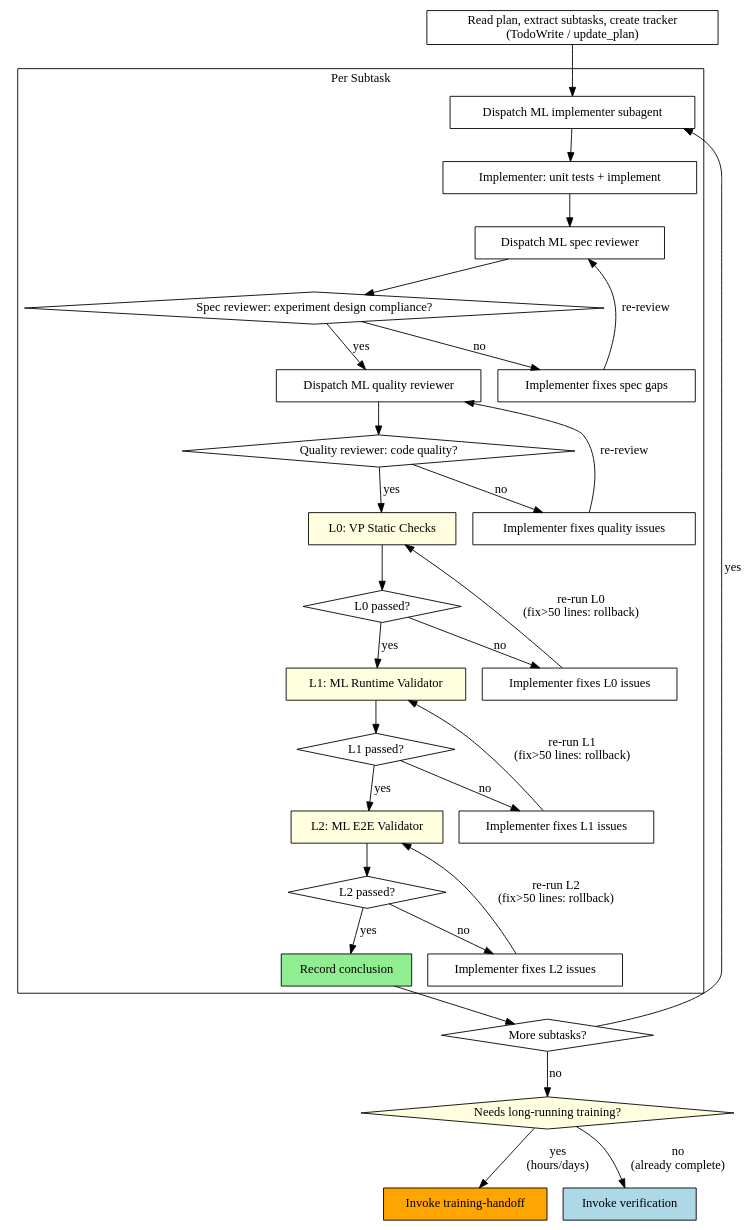
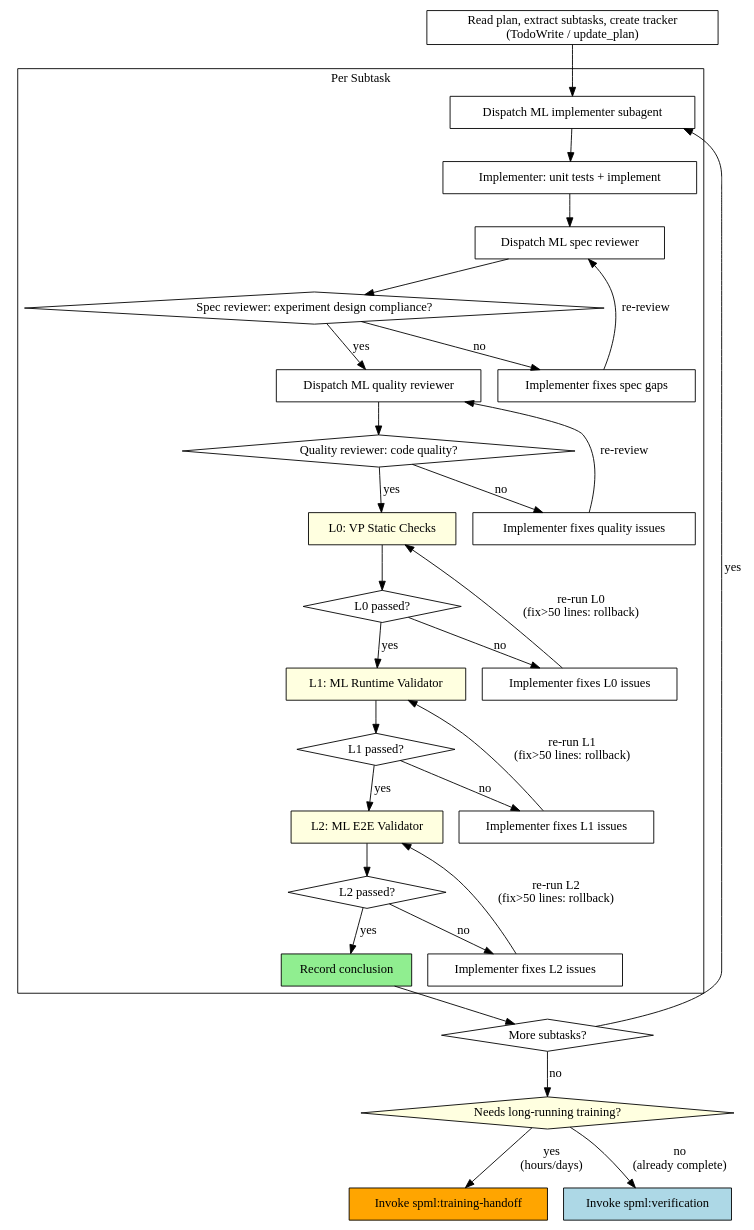
One commit to qqhard/superpowers-ML changed the diagram in skills/subagent-dev/SKILL.md. Above: the diagram before and after it, drawn with Graphviz. The commit also changed 3 other files, not shown here.

````diff
--- a/skills/subagent-dev/SKILL.md
+++ b/skills/subagent-dev/SKILL.md
@@ -31,62 +31,62 @@
 ```dot
 digraph process {
     rankdir=TB;
 
     subgraph cluster_per_subtask {
         label="Per Subtask";
         "Dispatch ML implementer subagent" [shape=box];
         "Implementer: unit tests + implement" [shape=box];
         "Dispatch ML spec reviewer" [shape=box];
         "Spec reviewer: experiment design compliance?" [shape=diamond];
         "Implementer fixes spec gaps" [shape=box];
         "Dispatch ML quality reviewer" [shape=box];
         "Quality reviewer: code quality?" [shape=diamond];
         "Implementer fixes quality issues" [shape=box];
         "L0: VP Static Checks" [shape=box style=filled fillcolor=lightyellow];
         "L0 passed?" [shape=diamond];
         "Implementer fixes L0 issues" [shape=box];
         "L1: ML Runtime Validator" [shape=box style=filled fillcolor=lightyellow];
         "L1 passed?" [shape=diamond];
         "Implementer fixes L1 issues" [shape=box];
         "L2: ML E2E Validator" [shape=box style=filled fillcolor=lightyellow];
         "L2 passed?" [shape=diamond];
         "Implementer fixes L2 issues" [shape=box];
         "Record conclusion" [shape=box style=filled fillcolor=lightgreen];
     }
 
     "Read plan, extract subtasks, create tracker\n(TodoWrite / update_plan)" [shape=box];
     "More subtasks?" [shape=diamond];
     "Needs long-running training?" [shape=diamond style=filled fillcolor=lightyellow];
-    "Invoke training-handoff" [shape=box style=filled fillcolor=orange];
-    "Invoke verification" [shape=box style=filled fillcolor=lightblue];
+    "Invoke spml:training-handoff" [shape=box style=filled fillcolor=orange];
+    "Invoke spml:verification" [shape=box style=filled fillcolor=lightblue];
 
     "Read plan, extract subtasks, create tracker\n(TodoWrite / update_plan)" -> "Dispatch ML implementer subagent";
     "Dispatch ML implementer subagent" -> "Implementer: unit tests + implement";
     "Implementer: unit tests + implement" -> "Dispatch ML spec reviewer";
     "Dispatch ML spec reviewer" -> "Spec reviewer: experiment design compliance?";
     "Spec reviewer: experiment design compliance?" -> "Implementer fixes spec gaps" [label="no"];
     "Implementer fixes spec gaps" -> "Dispatch ML spec reviewer" [label="re-review"];
     "Spec reviewer: experiment design compliance?" -> "Dispatch ML quality reviewer" [label="yes"];
     "Dispatch ML quality reviewer" -> "Quality reviewer: code quality?";
     "Quality reviewer: code quality?" -> "Implementer fixes quality issues" [label="no"];
     "Implementer fixes quality issues" -> "Dispatch ML quality reviewer" [label="re-review"];
     "Quality reviewer: code quality?" -> "L0: VP Static Checks" [label="yes"];
     "L0: VP Static Checks" -> "L0 passed?";
     "L0 passed?" -> "L1: ML Runtime Validator" [label="yes"];
     "L0 passed?" -> "Implementer fixes L0 issues" [label="no"];
     "Implementer fixes L0 issues" -> "L0: VP Static Checks" [label="re-run L0\n(fix>50 lines: rollback)"];
     "L1: ML Runtime Validator" -> "L1 passed?";
     "L1 passed?" -> "L2: ML E2E Validator" [label="yes"];
     "L1 passed?" -> "Implementer fixes L1 issues" [label="no"];
     "Implementer fixes L1 issues" -> "L1: ML Runtime Validator" [label="re-run L1\n(fix>50 lines: rollback)"];
     "L2: ML E2E Validator" -> "L2 passed?";
     "L2 passed?" -> "Record conclusion" [label="yes"];
     "L2 passed?" -> "Implementer fixes L2 issues" [label="no"];
     "Implementer fixes L2 issues" -> "L2: ML E2E Validator" [label="re-run L2\n(fix>50 lines: rollback)"];
     "Record conclusion" -> "More subtasks?";
     "More subtasks?" -> "Dispatch ML implementer subagent" [label="yes"];
     "More subtasks?" -> "Needs long-running training?" [label="no"];
-    "Needs long-running training?" -> "Invoke training-handoff" [label="yes\n(hours/days)"];
-    "Needs long-running training?" -> "Invoke verification" [label="no\n(already complete)"];
+    "Needs long-running training?" -> "Invoke spml:training-handoff" [label="yes\n(hours/days)"];
+    "Needs long-running training?" -> "Invoke spml:verification" [label="no\n(already complete)"];
 }
 ```
````
